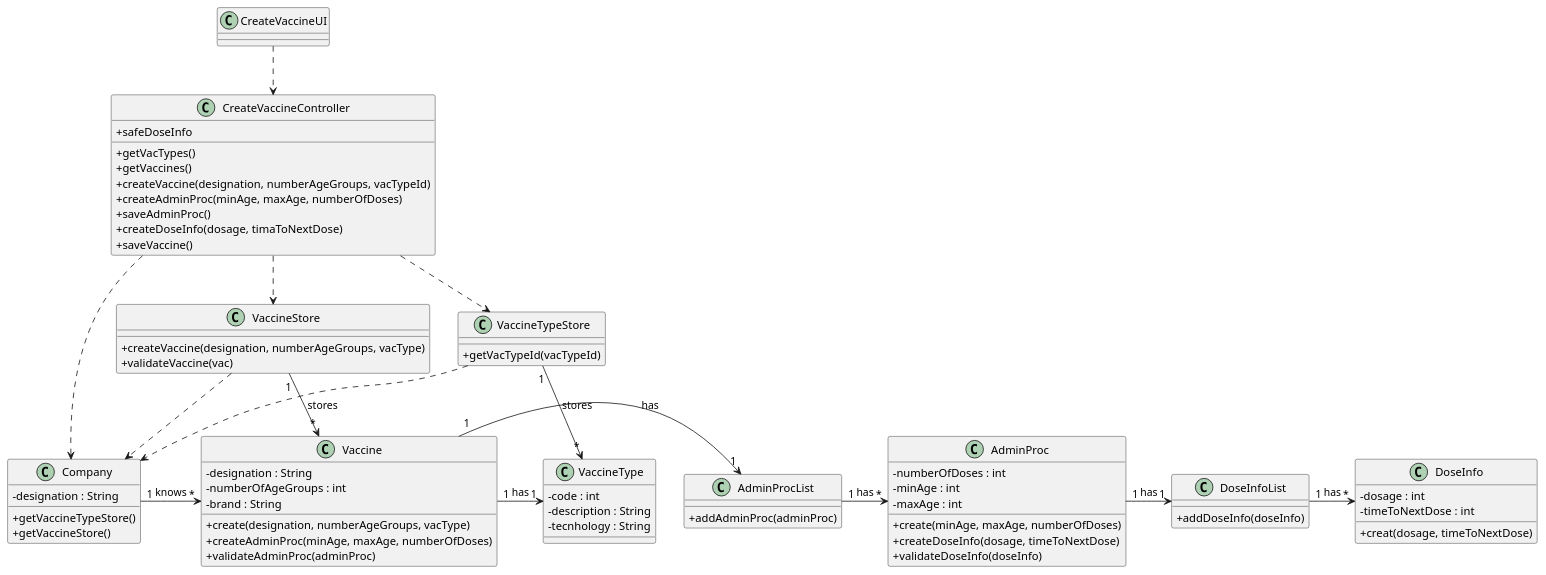
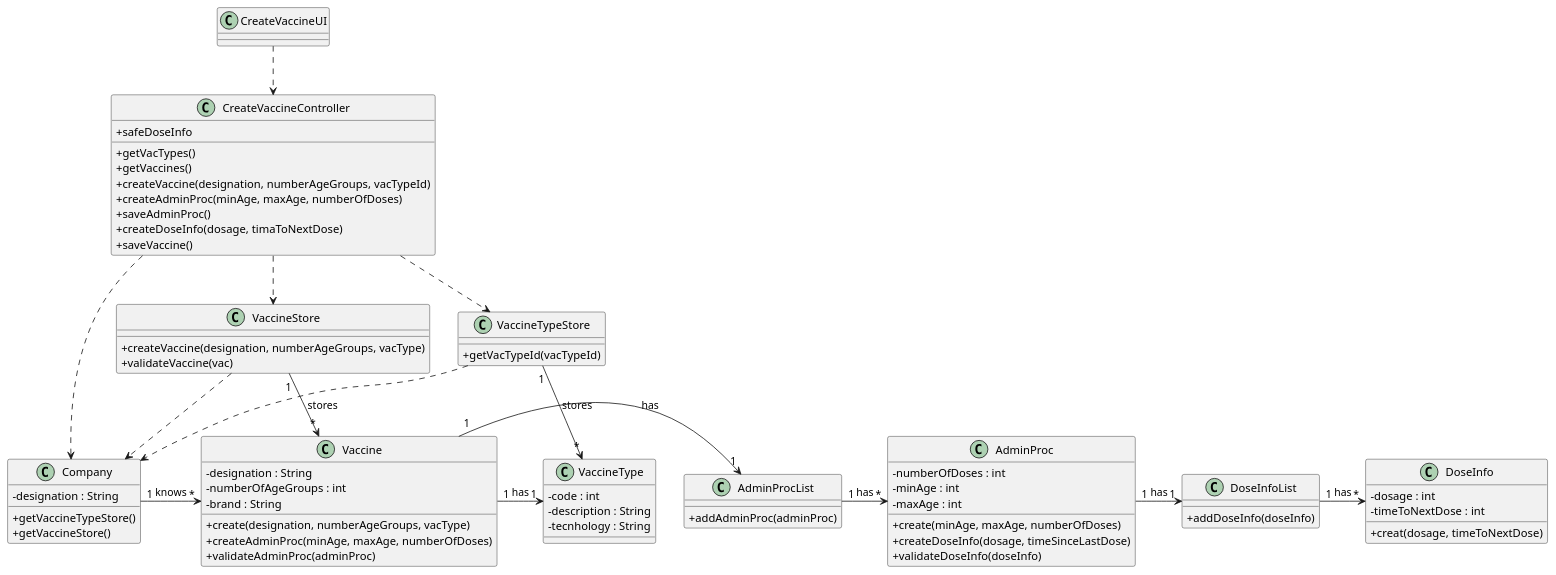
Before and after one commit to miseEnPlace-i/lapr2: the diagram in docs/SprintB/US13/CD/US13_CD.puml, drawn with PlantUML. The commit also changed 5 other files, not shown here.

```diff
--- a/docs/SprintB/US13/CD/US13_CD.puml
+++ b/docs/SprintB/US13/CD/US13_CD.puml
@@ -1,91 +1,91 @@
 @startuml
 skinparam classAttributeIconSize 0
 
 class CreateVaccineUI{
 
 }
 
 class CreateVaccineController{
     +getVacTypes()
     +getVaccines()
     +createVaccine(designation, numberAgeGroups, vacTypeId)
     +createAdminProc(minAge, maxAge, numberOfDoses)
     +saveAdminProc()
     +createDoseInfo(dosage, timaToNextDose)
     +safeDoseInfo
     +saveVaccine()
 }
 
 class Company{
     -designation : String
 
     +getVaccineTypeStore()
     +getVaccineStore()
 }
 
 class VaccineTypeStore{
     +getVacTypeId(vacTypeId)
 }
 
 class VaccineStore{
     +createVaccine(designation, numberAgeGroups, vacType)
     +validateVaccine(vac)
 }
 
 class Vaccine{
     -designation : String
     -numberOfAgeGroups : int
     -brand : String
 
     +create(designation, numberAgeGroups, vacType)
     +createAdminProc(minAge, maxAge, numberOfDoses)
     +validateAdminProc(adminProc)
 }
 
 class VaccineType{
     -code : int
     -description : String
     -tecnhology : String
 }
 
 class AdminProc{
     -numberOfDoses : int
     -minAge : int
     -maxAge : int
 
     +create(minAge, maxAge, numberOfDoses)
-    +createDoseInfo(dosage, timeToNextDose)
+    +createDoseInfo(dosage, timeSinceLastDose)
     +validateDoseInfo(doseInfo)
 }
 
 class AdminProcList{
     +addAdminProc(adminProc)
 }
 
 class DoseInfo{
     -dosage : int
     -timeToNextDose : int
 
     +creat(dosage, timeToNextDose)
 }
 
 class DoseInfoList{
     +addDoseInfo(doseInfo)
 }
 
 CreateVaccineUI ..> CreateVaccineController
 CreateVaccineController ..> VaccineStore
 CreateVaccineController ..> VaccineTypeStore
 CreateVaccineController ..> Company
 VaccineStore ..> Company
 VaccineStore "1" -> "*" Vaccine : stores
 VaccineTypeStore ..> Company
 VaccineTypeStore "1" -> "*" VaccineType : stores
 Company "1" -> "*" Vaccine : knows
 Vaccine "1" -> "1" AdminProcList : has
 Vaccine "1" -> "1" VaccineType : has
 AdminProcList "1" -> "*" AdminProc : has
 AdminProc "1" -> "1" DoseInfoList : has
 DoseInfoList "1" -> "*" DoseInfo : has
 
 @enduml
```
